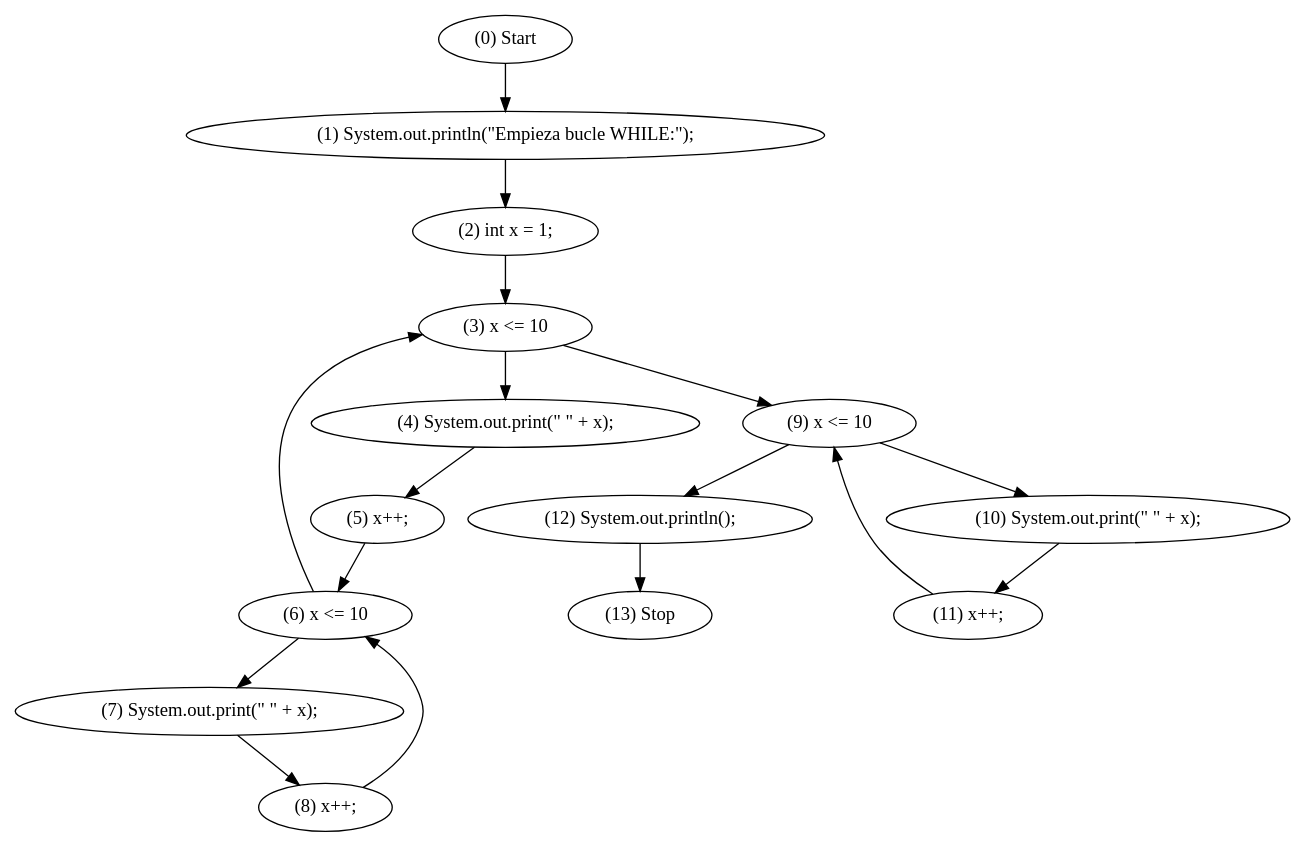
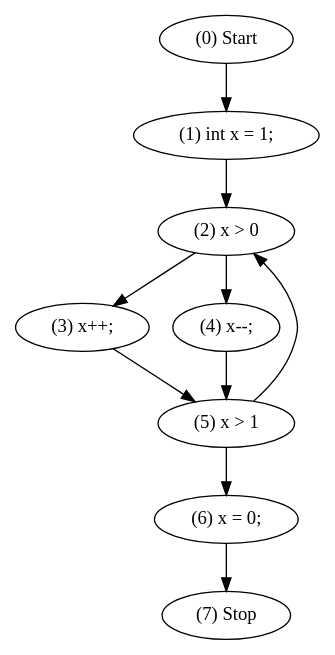
The diagram in dotsource.dot (Tr3sar/TVD-pracs), drawn with Graphviz before and after one commit. The commit also changed 32 other files, not shown here.

```diff
--- a/dotsource.dot
+++ b/dotsource.dot
@@ -1,2 +1,2 @@
 digraph G {
-"(0) Start" -> "(1) System.out.println(\"Empieza bucle WHILE:\");""(1) System.out.println(\"Empieza bucle WHILE:\");" -> "(2) int x = 1;""(2) int x = 1;" -> "(3) x <= 10""(3) x <= 10" -> "(4) System.out.print(\" \" + x);""(4) System.out.print(\" \" + x);" -> "(5) x++;""(5) x++;" -> "(6) x <= 10""(6) x <= 10" -> "(7) System.out.print(\" \" + x);""(7) System.out.print(\" \" + x);" -> "(8) x++;""(8) x++;" -> "(6) x <= 10""(6) x <= 10" -> "(3) x <= 10""(3) x <= 10" -> "(9) x <= 10""(9) x <= 10" -> "(10) System.out.print(\" \" + x);""(10) System.out.print(\" \" + x);" -> "(11) x++;""(11) x++;" -> "(9) x <= 10""(9) x <= 10" -> "(12) System.out.println();""(12) System.out.println();" -> "(13) Stop"}
+"(0) Start" -> "(1) int x = 1;""(1) int x = 1;" -> "(2) x > 0""(2) x > 0" -> "(3) x++;""(2) x > 0" -> "(4) x--;""(4) x--;" -> "(5) x > 1""(3) x++;" -> "(5) x > 1""(5) x > 1" -> "(2) x > 0""(5) x > 1" -> "(6) x = 0;""(6) x = 0;" -> "(7) Stop"}
```
